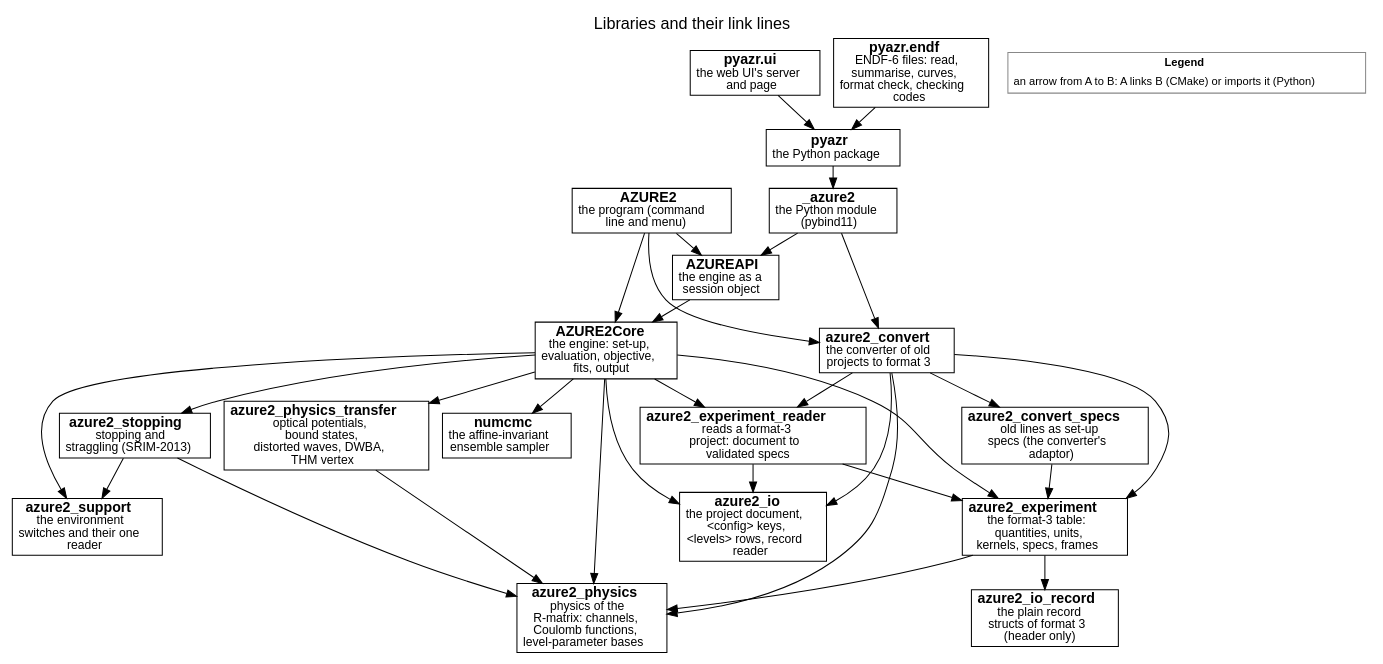
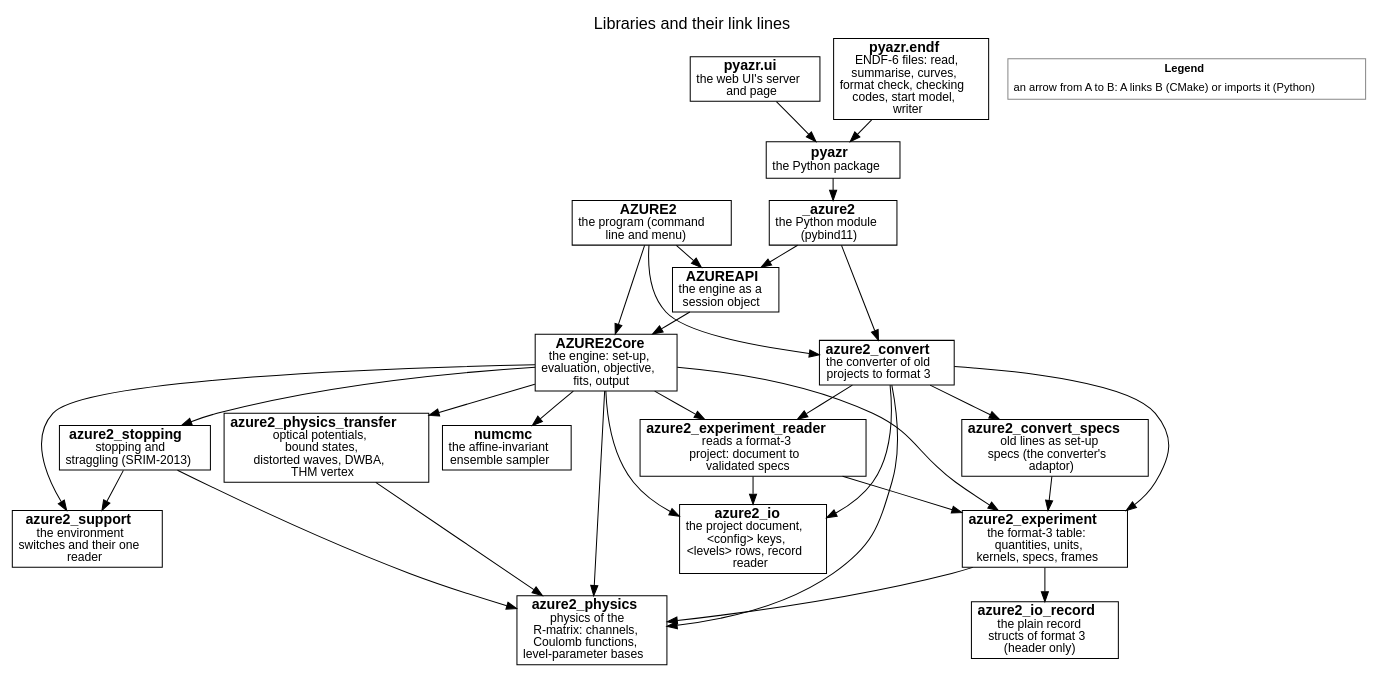
The diagram in docs/source/developer/figures/libraries.dot (AZURE2DEV/AZURE2), drawn with Graphviz before and after one commit. The commit also changed 27 other files, not shown here.

```diff
--- a/docs/source/developer/figures/libraries.dot
+++ b/docs/source/developer/figures/libraries.dot
@@ -1,54 +1,54 @@
 digraph libraries {
   graph [rankdir=TB, fontname="Helvetica", fontsize=16, labelloc=t, label="Libraries and their link lines", nodesep=0.18, ranksep=0.3, newrank=true];
   node [fontname="Helvetica", fontsize=14, margin="0.08,0.04"];
   edge [fontname="Helvetica", fontsize=12];
   n_azure2_support [label=<<b>azure2_support</b><br/><font point-size="12">the environment<br/>switches and their one<br/>reader</font>>, shape=box, style="filled", fillcolor="white"];
   n_azure2_physics [label=<<b>azure2_physics</b><br/><font point-size="12">physics of the<br/>R-matrix: channels,<br/>Coulomb functions,<br/>level-parameter bases</font>>, shape=box, style="filled", fillcolor="white"];
   n_azure2_physics_transfer [label=<<b>azure2_physics_transfer</b><br/><font point-size="12">optical potentials,<br/>bound states,<br/>distorted waves, DWBA,<br/>THM vertex</font>>, shape=box, style="filled", fillcolor="white"];
   n_azure2_io [label=<<b>azure2_io</b><br/><font point-size="12">the project document,<br/>&lt;config&gt; keys,<br/>&lt;levels&gt; rows, record<br/>reader</font>>, shape=box, style="filled", fillcolor="white"];
   n_azure2_io_record [label=<<b>azure2_io_record</b><br/><font point-size="12">the plain record<br/>structs of format 3<br/>(header only)</font>>, shape=box, style="filled", fillcolor="white"];
   n_azure2_stopping [label=<<b>azure2_stopping</b><br/><font point-size="12">stopping and<br/>straggling (SRIM-2013)</font>>, shape=box, style="filled", fillcolor="white"];
   n_azure2_experiment [label=<<b>azure2_experiment</b><br/><font point-size="12">the format-3 table:<br/>quantities, units,<br/>kernels, specs, frames</font>>, shape=box, style="filled", fillcolor="white"];
   n_azure2_experiment_reader [label=<<b>azure2_experiment_reader</b><br/><font point-size="12">reads a format-3<br/>project: document to<br/>validated specs</font>>, shape=box, style="filled", fillcolor="white"];
   n_azure2_convert_specs [label=<<b>azure2_convert_specs</b><br/><font point-size="12">old lines as set-up<br/>specs (the converter&#x27;s<br/>adaptor)</font>>, shape=box, style="filled", fillcolor="white"];
   n_azure2_convert [label=<<b>azure2_convert</b><br/><font point-size="12">the converter of old<br/>projects to format 3</font>>, shape=box, style="filled", fillcolor="white"];
   n_numcmc [label=<<b>numcmc</b><br/><font point-size="12">the affine-invariant<br/>ensemble sampler</font>>, shape=box, style="filled", fillcolor="white"];
   n_AZURE2Core [label=<<b>AZURE2Core</b><br/><font point-size="12">the engine: set-up,<br/>evaluation, objective,<br/>fits, output</font>>, shape=box, style="filled", fillcolor="white"];
   n_AZUREAPI [label=<<b>AZUREAPI</b><br/><font point-size="12">the engine as a<br/>session object</font>>, shape=box, style="filled", fillcolor="white"];
   n_AZURE2 [label=<<b>AZURE2</b><br/><font point-size="12">the program (command<br/>line and menu)</font>>, shape=box, style="filled", fillcolor="white"];
   n__azure2 [label=<<b>_azure2</b><br/><font point-size="12">the Python module<br/>(pybind11)</font>>, shape=box, style="filled", fillcolor="white"];
   n_pyazr [label=<<b>pyazr</b><br/><font point-size="12">the Python package</font>>, shape=box, style="filled", fillcolor="white"];
   n_pyazr_ui [label=<<b>pyazr.ui</b><br/><font point-size="12">the web UI&#x27;s server<br/>and page</font>>, shape=box, style="filled", fillcolor="white"];
-  n_pyazr_endf [label=<<b>pyazr.endf</b><br/><font point-size="12">ENDF-6 files: read,<br/>summarise, curves,<br/>format check, checking<br/>codes</font>>, shape=box, style="filled", fillcolor="white"];
+  n_pyazr_endf [label=<<b>pyazr.endf</b><br/><font point-size="12">ENDF-6 files: read,<br/>summarise, curves,<br/>format check, checking<br/>codes, start model,<br/>writer</font>>, shape=box, style="filled", fillcolor="white"];
   n_azure2_physics_transfer -> n_azure2_physics [style=solid, arrowhead=normal];
   n_azure2_stopping -> n_azure2_physics [style=solid, arrowhead=normal];
   n_azure2_stopping -> n_azure2_support [style=solid, arrowhead=normal];
   n_azure2_experiment -> n_azure2_physics [style=solid, arrowhead=normal];
   n_azure2_experiment -> n_azure2_io_record [style=solid, arrowhead=normal];
   n_azure2_experiment_reader -> n_azure2_experiment [style=solid, arrowhead=normal];
   n_azure2_experiment_reader -> n_azure2_io [style=solid, arrowhead=normal];
   n_azure2_convert_specs -> n_azure2_experiment [style=solid, arrowhead=normal];
   n_azure2_convert -> n_azure2_io [style=solid, arrowhead=normal];
   n_azure2_convert -> n_azure2_experiment [style=solid, arrowhead=normal];
   n_azure2_convert -> n_azure2_experiment_reader [style=solid, arrowhead=normal];
   n_azure2_convert -> n_azure2_physics [style=solid, arrowhead=normal];
   n_azure2_convert -> n_azure2_convert_specs [style=solid, arrowhead=normal];
   n_AZURE2Core -> n_azure2_support [style=solid, arrowhead=normal];
   n_AZURE2Core -> n_azure2_physics [style=solid, arrowhead=normal];
   n_AZURE2Core -> n_azure2_physics_transfer [style=solid, arrowhead=normal];
   n_AZURE2Core -> n_azure2_stopping [style=solid, arrowhead=normal];
   n_AZURE2Core -> n_azure2_io [style=solid, arrowhead=normal];
   n_AZURE2Core -> n_azure2_experiment [style=solid, arrowhead=normal];
   n_AZURE2Core -> n_azure2_experiment_reader [style=solid, arrowhead=normal];
   n_AZURE2Core -> n_numcmc [style=solid, arrowhead=normal];
   n_AZUREAPI -> n_AZURE2Core [style=solid, arrowhead=normal];
   n_AZURE2 -> n_AZUREAPI [style=solid, arrowhead=normal];
   n_AZURE2 -> n_AZURE2Core [style=solid, arrowhead=normal];
   n_AZURE2 -> n_azure2_convert [style=solid, arrowhead=normal];
   n__azure2 -> n_AZUREAPI [style=solid, arrowhead=normal];
   n__azure2 -> n_azure2_convert [style=solid, arrowhead=normal];
   n_pyazr -> n__azure2 [style=solid, arrowhead=normal];
   n_pyazr_ui -> n_pyazr [style=solid, arrowhead=normal];
   n_pyazr_endf -> n_pyazr [style=solid, arrowhead=normal];
   legend [shape=plaintext, fontsize=11, label=<<TABLE BORDER="1" CELLBORDER="0" CELLSPACING="2" COLOR="#888888"><TR><TD><B>Legend</B></TD></TR><TR><TD ALIGN="LEFT">an arrow from A to B: A links B (CMake) or imports it (Python)</TD></TR></TABLE>>];
 }
```
